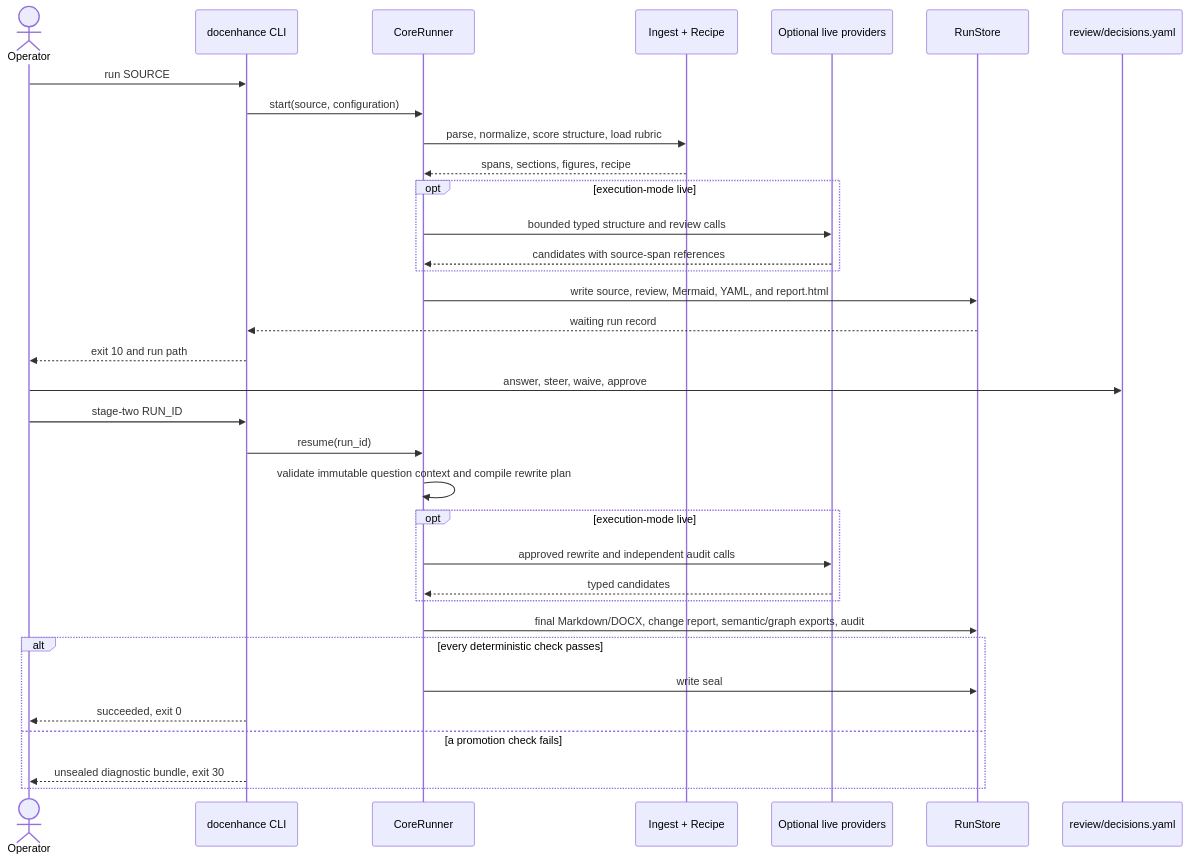
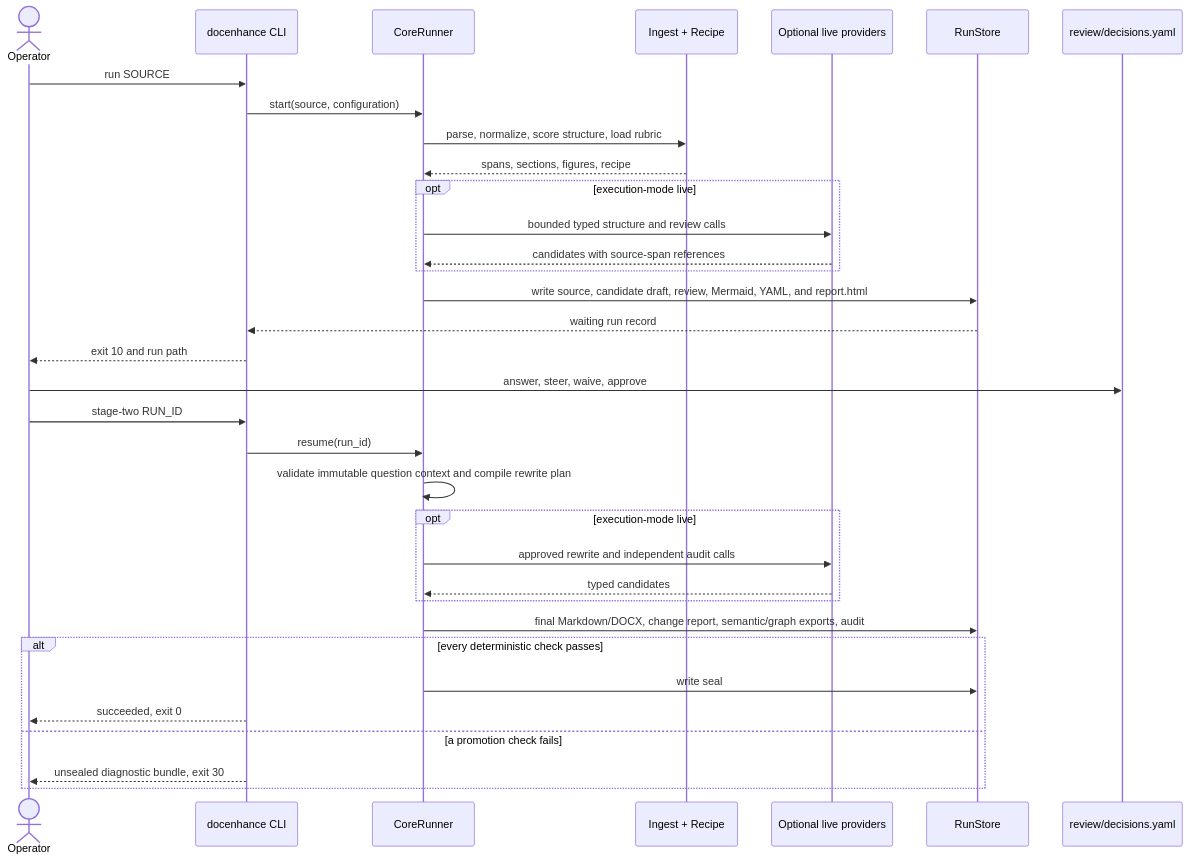
The fourth of 5 diagrams in README.md (gustavorubim/document-enhancer-pwt), drawn with Mermaid before and after one commit. The commit also changed other lines of this file and 12 other files, not shown here.

````diff
--- a/README.md
+++ b/README.md
@@ -129,37 +139,37 @@
 ```mermaid
 sequenceDiagram
     actor Operator
     participant CLI as docenhance CLI
     participant Runner as CoreRunner
     participant Inputs as Ingest + Recipe
     participant Models as Optional live providers
     participant Store as RunStore
     participant Decisions as review/decisions.yaml
 
     Operator->>CLI: run SOURCE
     CLI->>Runner: start(source, configuration)
     Runner->>Inputs: parse, normalize, score structure, load rubric
     Inputs-->>Runner: spans, sections, figures, recipe
     opt execution-mode live
         Runner->>Models: bounded typed structure and review calls
         Models-->>Runner: candidates with source-span references
     end
-    Runner->>Store: write source, review, Mermaid, YAML, and report.html
+    Runner->>Store: write source, candidate draft, review, Mermaid, YAML, and report.html
     Store-->>CLI: waiting run record
     CLI-->>Operator: exit 10 and run path
     Operator->>Decisions: answer, steer, waive, approve
     Operator->>CLI: stage-two RUN_ID
     CLI->>Runner: resume(run_id)
     Runner->>Runner: validate immutable question context and compile rewrite plan
     opt execution-mode live
         Runner->>Models: approved rewrite and independent audit calls
         Models-->>Runner: typed candidates
     end
     Runner->>Store: final Markdown/DOCX, change report, semantic/graph exports, audit
     alt every deterministic check passes
         Runner->>Store: write seal
         CLI-->>Operator: succeeded, exit 0
     else a promotion check fails
         CLI-->>Operator: unsealed diagnostic bundle, exit 30
     end
 ```
````
